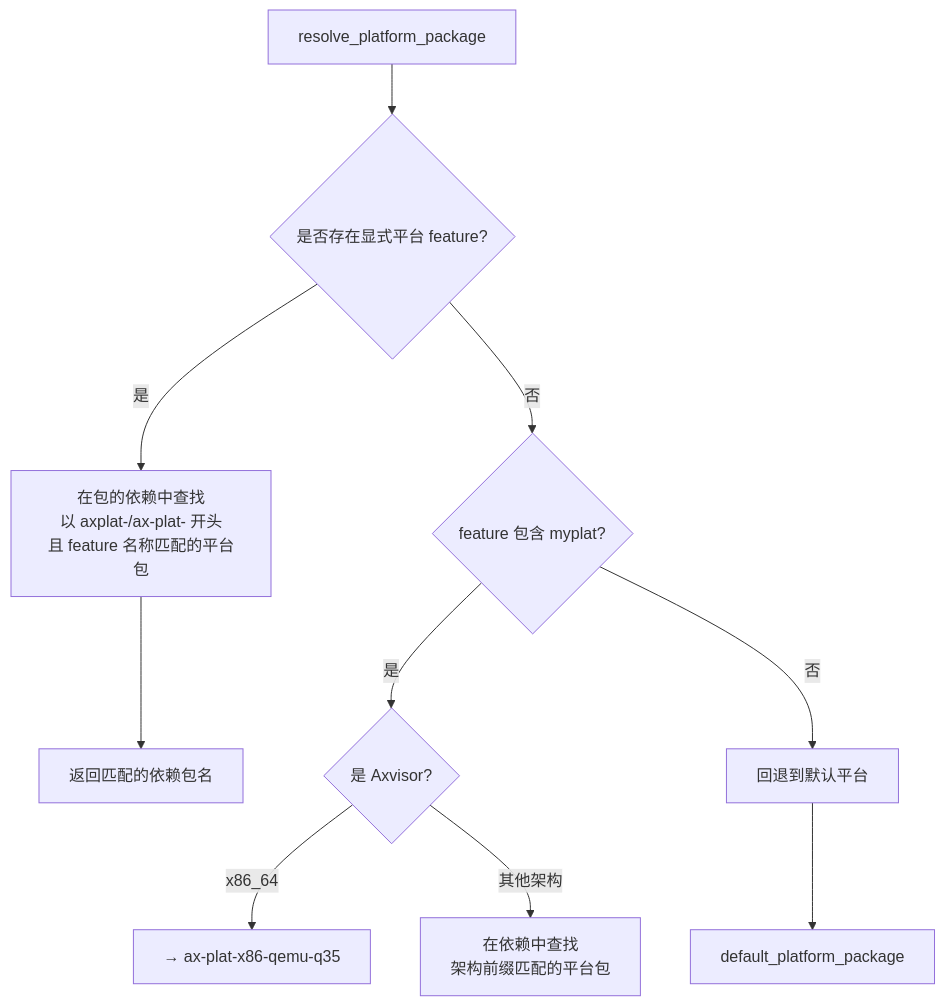
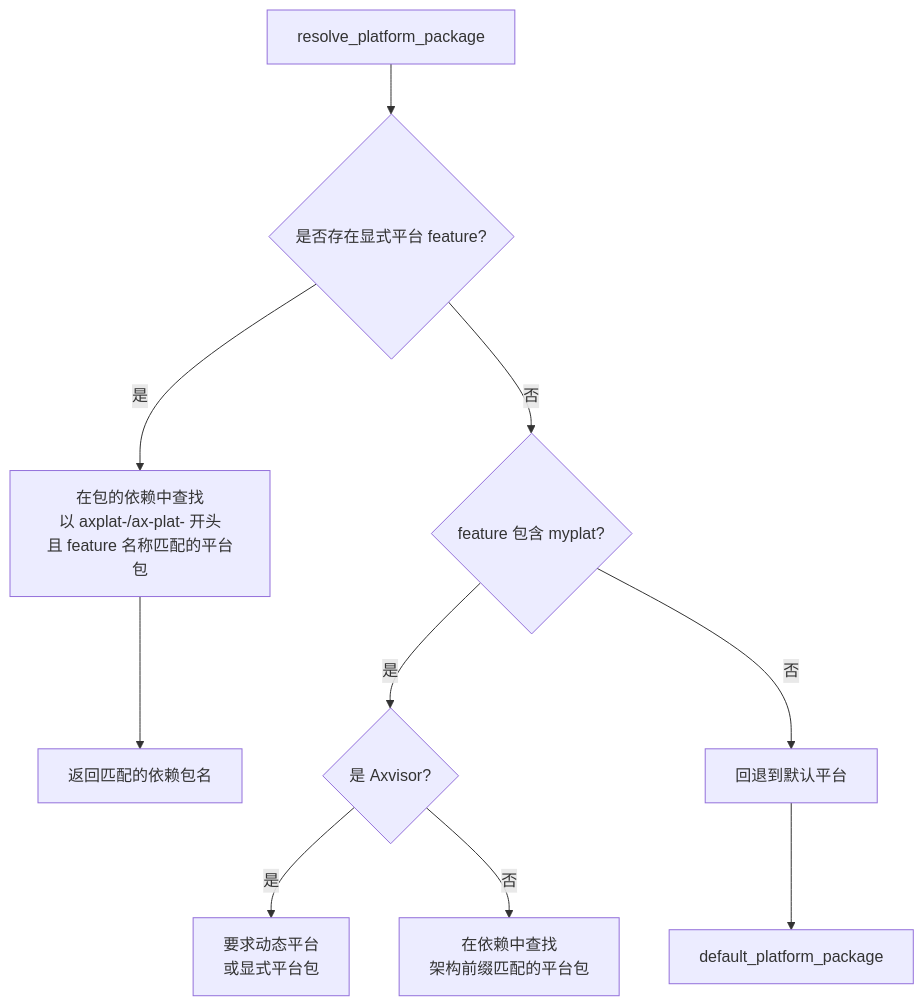
The sixth of 8 diagrams in docs/docs/build/build.md (rcore-os/tgoskits), drawn with Mermaid before and after one commit. The commit also changed 41 other files, not shown here.

````diff
--- a/docs/docs/build/build.md
+++ b/docs/docs/build/build.md
@@ -194,12 +194,12 @@
 ```mermaid
 flowchart TD
     A[resolve_platform_package] --> B{是否存在显式平台 feature?}
     B -->|是| C["在包的依赖中查找<br/>以 axplat-/ax-plat- 开头<br/>且 feature 名称匹配的平台包"]
     C --> D["返回匹配的依赖包名"]
     B -->|否| E{feature 包含 myplat?}
     E -->|是| F{是 Axvisor?}
-    F -->|x86_64| G["→ ax-plat-x86-qemu-q35"]
-    F -->|其他架构| I["在依赖中查找<br/>架构前缀匹配的平台包"]
+    F -->|是| G["要求动态平台<br/>或显式平台包"]
+    F -->|否| I["在依赖中查找<br/>架构前缀匹配的平台包"]
     E -->|否| J["回退到默认平台"]
     J --> K[default_platform_package]
 ```
````
